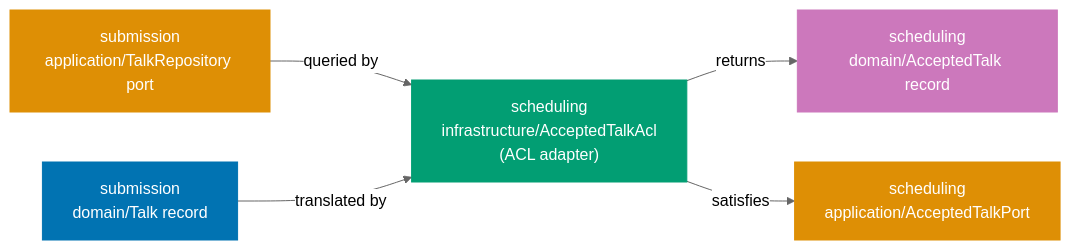
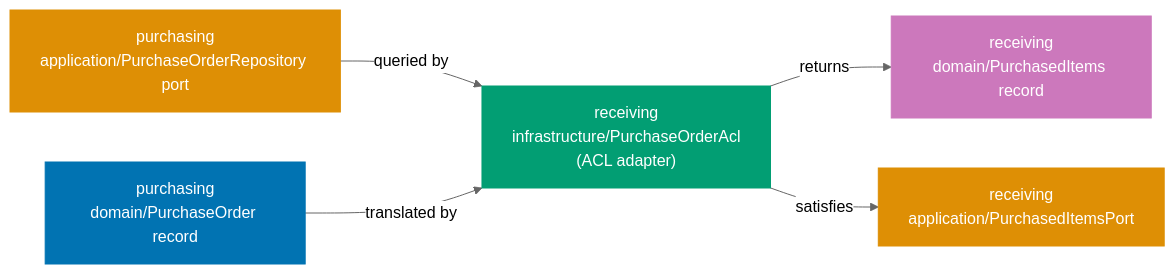
Before and after one commit to wahidyankf/open-sharia-enterprise: the third of 3 diagrams in apps/ayokoding-web/content/en/learn/software-engineering/architecture/ddd-hexagonal-in-practice/oop-in-the-field/intermediate.md, drawn with Mermaid (neutral theme). The commit also changed other lines of this file and 38 other files, not shown here.

First line of the commit message:
docs(ayokoding-web): unify architecture tutorials on shared P2P domain

````diff
--- a/apps/ayokoding-web/content/en/learn/software-engineering/architecture/ddd-hexagonal-in-practice/oop-in-the-field/intermediate.md
+++ b/apps/ayokoding-web/content/en/learn/software-engineering/architecture/ddd-hexagonal-in-practice/oop-in-the-field/intermediate.md
@@ -1486,17 +1088,17 @@
 ```mermaid
 flowchart LR
-    subdom["submission\ndomain/Talk record"]:::blue
-    subport["submission\napplication/TalkRepository port"]:::orange
-    acl["scheduling\ninfrastructure/AcceptedTalkAcl\n(ACL adapter)"]:::teal
-    schedport["scheduling\napplication/AcceptedTalkPort"]:::orange
-    scheddom["scheduling\ndomain/AcceptedTalk record"]:::purple
-    subport -->|"queried by"| acl
-    subdom -->|"translated by"| acl
-    acl -->|"returns"| scheddom
-    acl -->|"satisfies"| schedport
+    purdom["purchasing\ndomain/PurchaseOrder record"]:::blue
+    purport["purchasing\napplication/PurchaseOrderRepository port"]:::orange
+    acl["receiving\ninfrastructure/PurchaseOrderAcl\n(ACL adapter)"]:::teal
+    recvport["receiving\napplication/PurchasedItemsPort"]:::orange
+    recvdom["receiving\ndomain/PurchasedItems record"]:::purple
+    purport -->|"queried by"| acl
+    purdom -->|"translated by"| acl
+    acl -->|"returns"| recvdom
+    acl -->|"satisfies"| recvport
 
     classDef blue fill:#0173B2,color:#fff,stroke:#0173B2
     classDef orange fill:#DE8F05,color:#fff,stroke:#DE8F05
     classDef teal fill:#029E73,color:#fff,stroke:#029E73
     classDef purple fill:#CC78BC,color:#fff,stroke:#CC78BC
 ```
````
